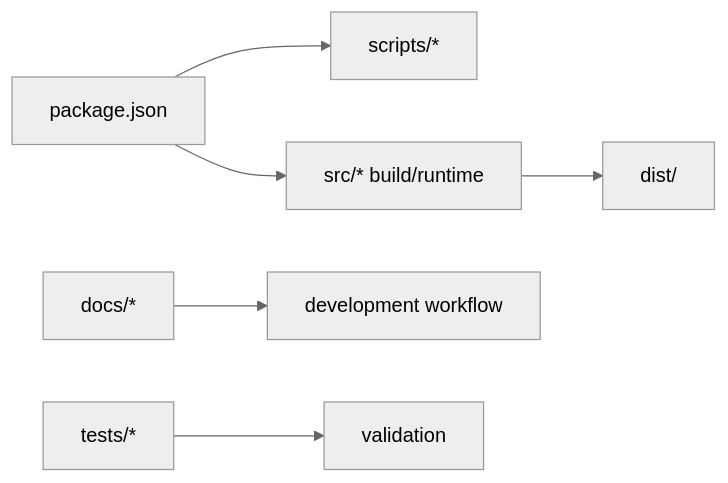
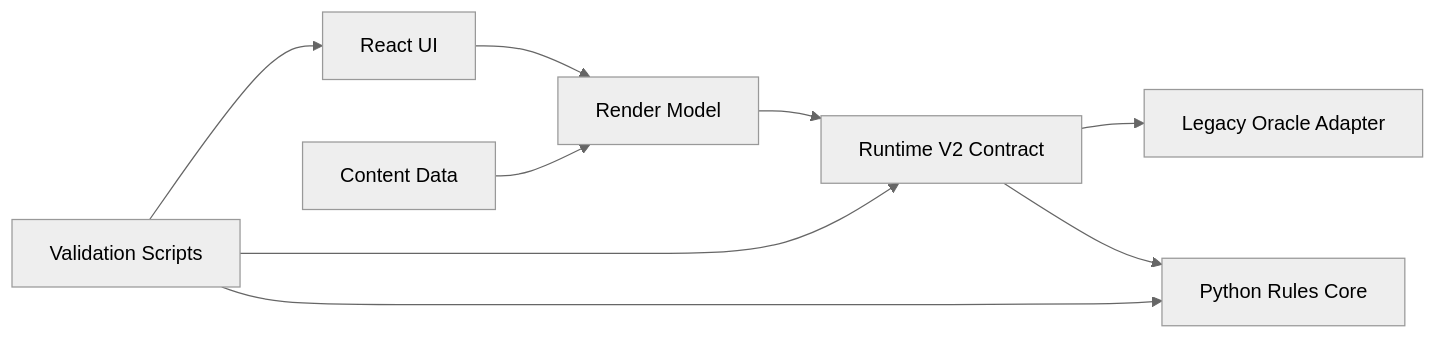
One commit to zhu607705-coder/deckrogue changed the diagram in README.md. Above: the diagram before and after it, drawn with Mermaid (neutral theme). The commit also changed other lines of this file and 2 other files, not shown here.

````diff
--- a/README.md
+++ b/README.md
@@ -27,8 +45,11 @@
 ```mermaid
 flowchart LR
-  A["package.json"] --> B["scripts/*"]
-  A --> C["src/* build/runtime"]
-  C --> D["dist/"]
-  E["docs/*"] --> F["development workflow"]
-  G["tests/*"] --> H["validation"]
+  A["React UI"] --> B["Render Model"]
+  B --> C["Runtime V2 Contract"]
+  C --> D["Legacy Oracle Adapter"]
+  C --> E["Python Rules Core"]
+  F["Content Data"] --> B
+  G["Validation Scripts"] --> A
+  G --> C
+  G --> E
 ```
````
